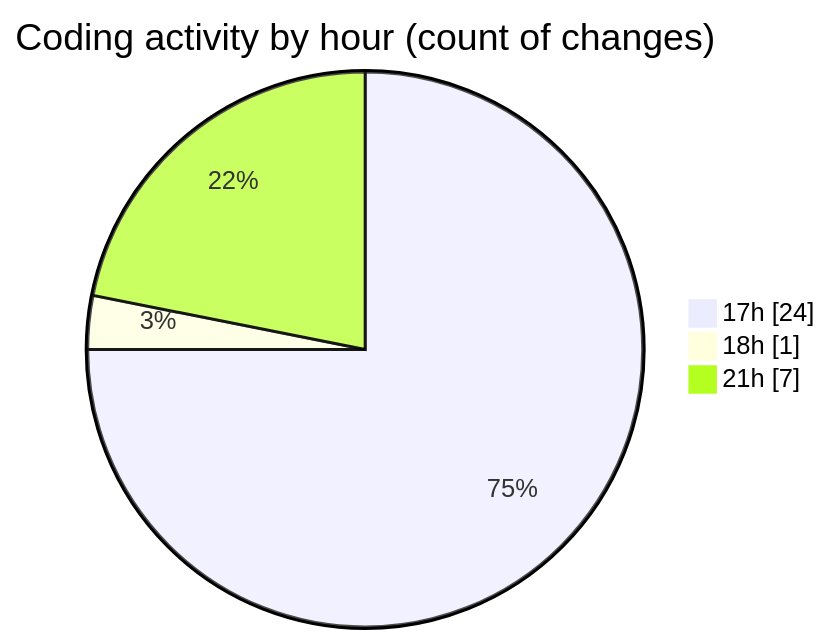
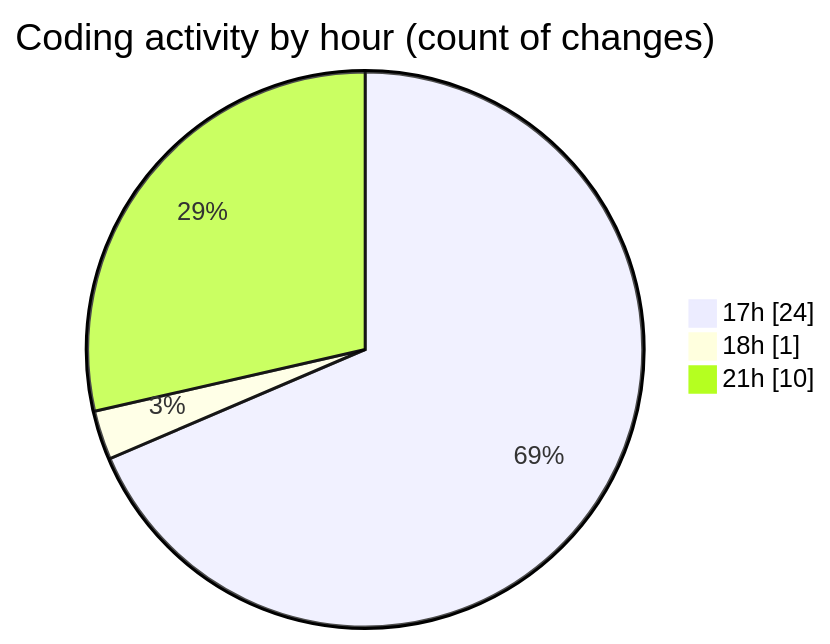
One commit to EIIisD/code-tracking changed the second of 2 diagrams in 2025-07-13/tampermonkey/README.md. Above: the diagram before and after it, drawn with Mermaid. The commit also changed other lines of this file and 1 other file, not shown here.

````diff
--- a/2025-07-13/tampermonkey/README.md
+++ b/2025-07-13/tampermonkey/README.md
@@ -43,7 +44,7 @@
 ```mermaid
 pie showData
 title Coding activity by hour (count of changes)
 "17h" : 24
 "18h" : 1
-"21h" : 7
+"21h" : 10
 ```
````
